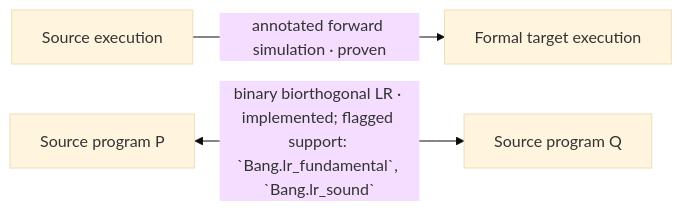
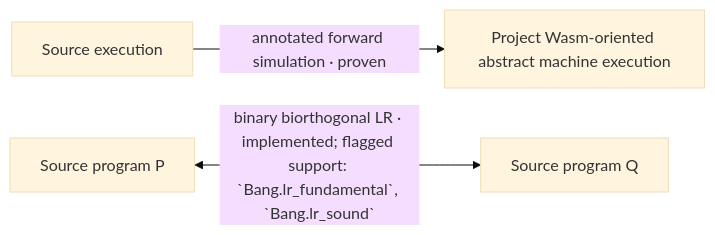
The second of 3 diagrams in docs/architecture/core-overview.md (phibkro/bang), drawn with Mermaid (base theme) before and after one commit. The commit also changed other lines of this file and 18 other files, not shown here.

Commit message:
fix(wasm): preserve abstract-model emitter boundary

````diff
--- a/docs/architecture/core-overview.md
+++ b/docs/architecture/core-overview.md
@@ -74,9 +74,9 @@
 ```mermaid
 flowchart LR
+  n_abstract_target_execution["Project Wasm-oriented abstract machine execution"]
   n_source_execution["Source execution"]
   n_source_program_left["Source program P"]
   n_source_program_right["Source program Q"]
-  n_target_execution["Formal target execution"]
   n_source_program_left <-->|binary biorthogonal LR · implemented; flagged support: `Bang.lr_fundamental`, `Bang.lr_sound`| n_source_program_right
-  n_source_execution -->|annotated forward simulation · proven| n_target_execution
+  n_source_execution -->|annotated forward simulation · proven| n_abstract_target_execution
 ```
````
